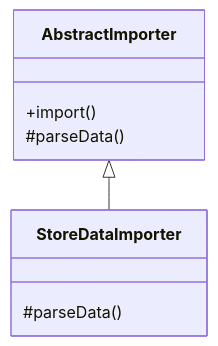
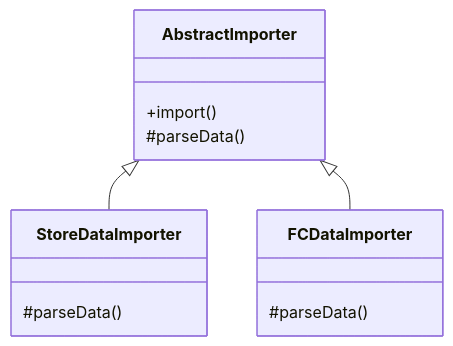
One commit to kumachan1101-pixel/DesignPattern changed the sixth of 7 diagrams in kindle/design-patterns/output/chapter04.md. Above: the diagram before and after it, drawn with Mermaid. The commit also changed other lines of this file and 10 other files, not shown here.

````diff
--- a/kindle/design-patterns/output/chapter04.md
+++ b/kindle/design-patterns/output/chapter04.md
@@ -1369,12 +907,16 @@
 ```mermaid
 classDiagram
     class AbstractImporter {
         +import()
         #parseData()
     }
     class StoreDataImporter {
         #parseData()
     }
+    class FCDataImporter {
+        #parseData()
+    }
     AbstractImporter <|-- StoreDataImporter
+    AbstractImporter <|-- FCDataImporter
 
 ```
````
